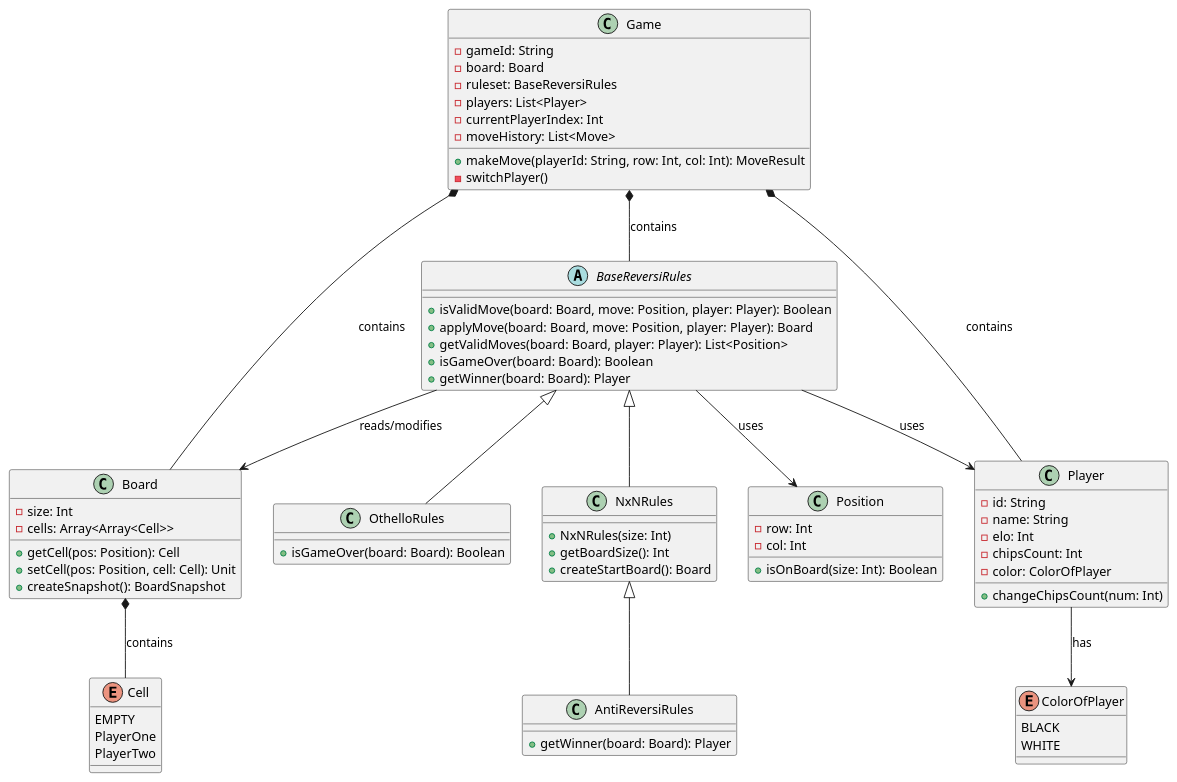
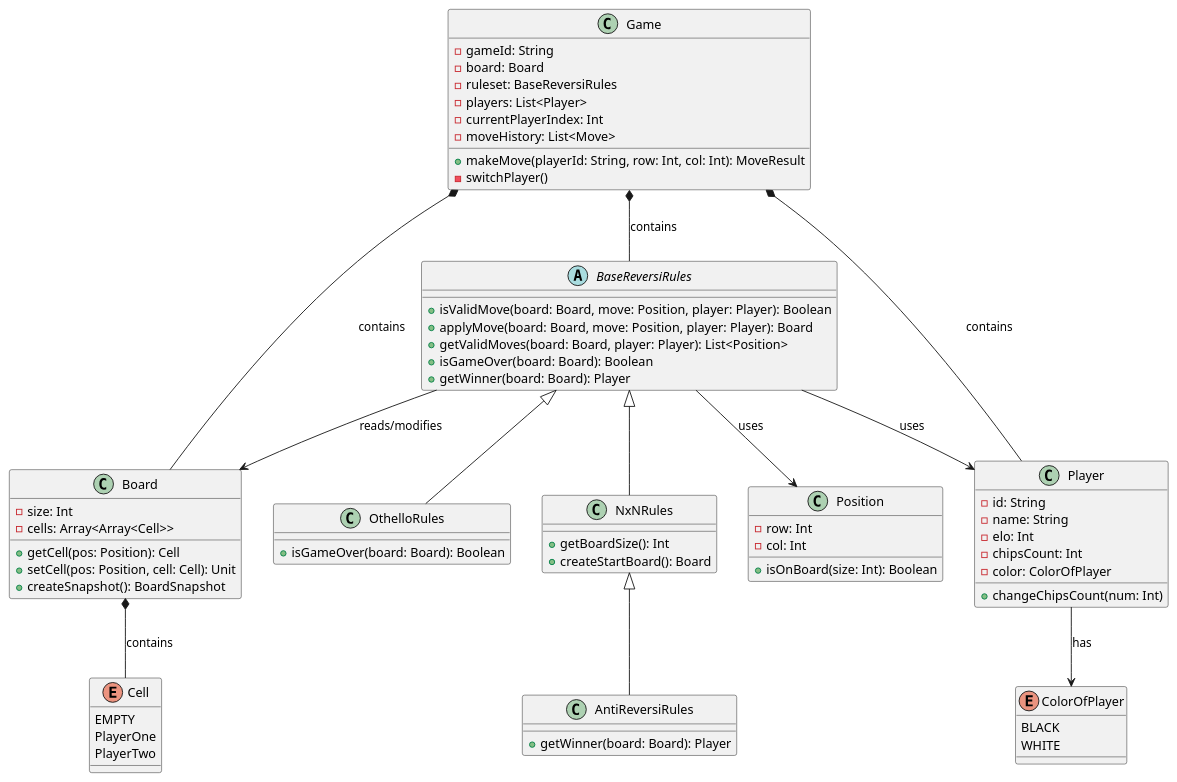
One commit to EStarikov/otello_assistant changed the diagram in reversi_uml.puml. Above: the diagram before and after it, drawn with PlantUML. The commit also changed 1 other file, not shown here.

```diff
--- a/reversi_uml.puml
+++ b/reversi_uml.puml
@@ -1,89 +1,88 @@
 @startuml
 
 abstract BaseReversiRules {
     + isValidMove(board: Board, move: Position, player: Player): Boolean
     + applyMove(board: Board, move: Position, player: Player): Board
     + getValidMoves(board: Board, player: Player): List<Position>
     + isGameOver(board: Board): Boolean
     + getWinner(board: Board): Player
 }
 
 
 class OthelloRules {
     + isGameOver(board: Board): Boolean
 }
 
 class NxNRules {
-    + NxNRules(size: Int)
     + getBoardSize(): Int
     + createStartBoard(): Board
 }
 
 class AntiReversiRules {
     + getWinner(board: Board): Player
 }
 
 
 
 class Game {
     - gameId: String
     - board: Board
     - ruleset: BaseReversiRules
     - players: List<Player>
     - currentPlayerIndex: Int
     - moveHistory: List<Move>
     + makeMove(playerId: String, row: Int, col: Int): MoveResult
     - switchPlayer()
 }
 
 class Board {
     - size: Int
     - cells: Array<Array<Cell>>
     + getCell(pos: Position): Cell
     + setCell(pos: Position, cell: Cell): Unit
     + createSnapshot(): BoardSnapshot
 }
 
 class Player {
     - id: String
     - name: String
     - elo: Int
     - chipsCount: Int
     - color: ColorOfPlayer
     + changeChipsCount(num: Int)
 }
 
 class Position {
     - row: Int
     - col: Int
     + isOnBoard(size: Int): Boolean
 }
 
 enum Cell {
     EMPTY
     PlayerOne
     PlayerTwo
 }
 
 enum ColorOfPlayer {
     BLACK
     WHITE
 }
 
 
 
 BaseReversiRules <|-- OthelloRules
 BaseReversiRules <|-- NxNRules
 NxNRules <|-- AntiReversiRules
 
 Game *-- Board : contains
 Game *-- BaseReversiRules : contains
 Game *-- Player : contains
 
 Player --> ColorOfPlayer: has
 BaseReversiRules --> Board : reads/modifies
 BaseReversiRules --> Position : uses
 BaseReversiRules --> Player : uses
 
 Board *-- Cell : contains
 @enduml
```
